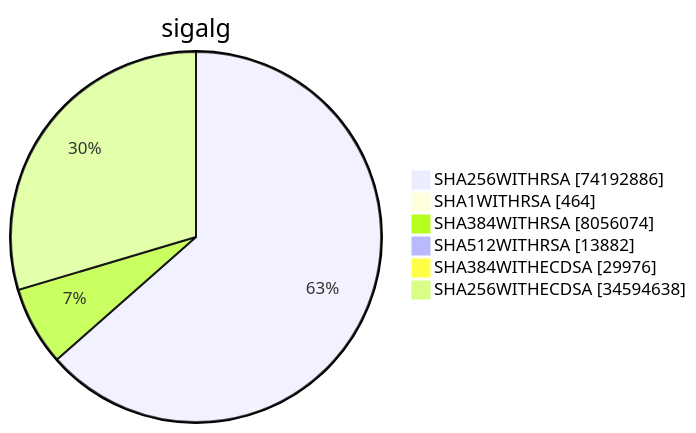
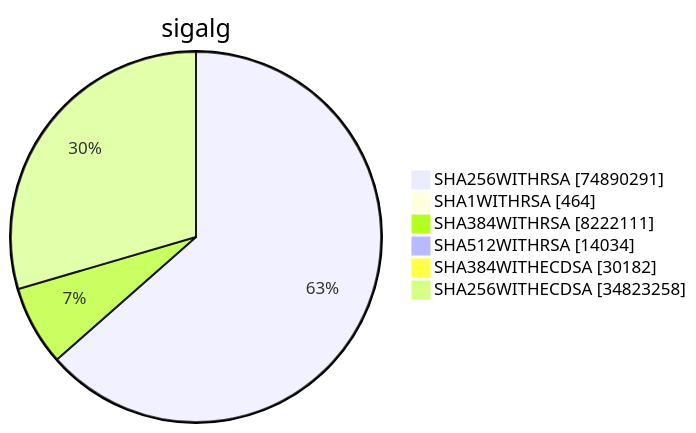
Before and after one commit to christiankrug/ctmonitor_visualization: diagram 15 of 15 in argon2023/README.md, drawn with Mermaid. The commit also changed other lines of this file, not shown here.

````diff
--- a/argon2023/README.md
+++ b/argon2023/README.md
@@ -4544,10 +4550,10 @@
 ```mermaid
 pie showData
 title sigalg
-"SHA256WITHRSA" :74192886
+"SHA256WITHRSA" :74890291
 "SHA1WITHRSA" :464
-"SHA384WITHRSA" :8056074
-"SHA512WITHRSA" :13882
-"SHA384WITHECDSA" :29976
-"SHA256WITHECDSA" :34594638
+"SHA384WITHRSA" :8222111
+"SHA512WITHRSA" :14034
+"SHA384WITHECDSA" :30182
+"SHA256WITHECDSA" :34823258
 ```
````
